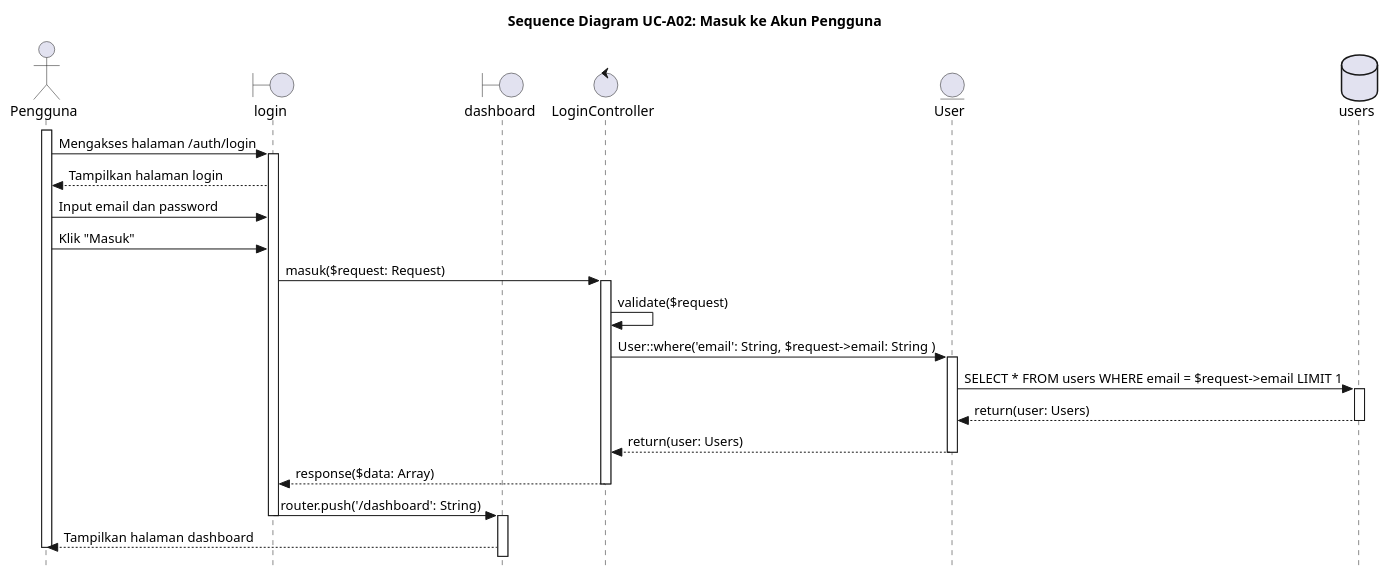
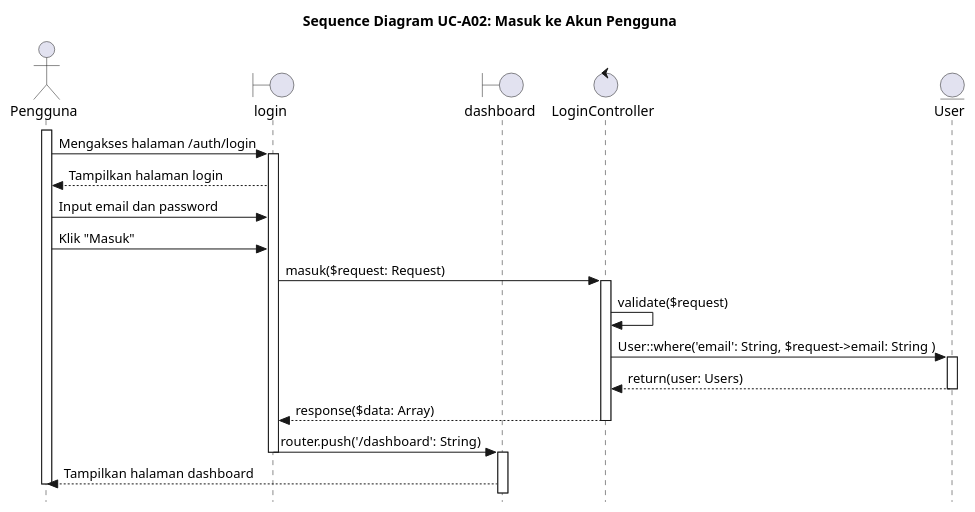
The diagram in UC-A02.PUML (alfiahnurfa/RSI-PROYEK-AKHIR-SEQUENCE), drawn with PlantUML before and after one commit. The commit also changed 29 other files, not shown here.

Commit message:
hapus aktor database dari semua sequence

```diff
--- a/UC-A02.PUML
+++ b/UC-A02.PUML
@@ -1,48 +1,41 @@
 @startuml SD-UC-A02_Login
 title Sequence Diagram UC-A02: Masuk ke Akun Pengguna
 skinparam style strictuml
 
 actor Pengguna
 boundary login
 boundary dashboard
 control LoginController
 entity User
-database users
 
 activate Pengguna
 Pengguna -> login : Mengakses halaman /auth/login
 activate login
 
 login --> Pengguna : Tampilkan halaman login
 
 Pengguna -> login : Input email dan password
 
 Pengguna -> login : Klik "Masuk"
 
 login -> LoginController : masuk($request: Request)
 activate LoginController
 
 LoginController -> LoginController : validate($request)
 
 LoginController -> User : User::where('email': String, $request->email: String )
 activate User
 
-User -> users : SELECT * FROM users WHERE email = $request->email LIMIT 1
-activate users
-
-users --> User : return(user: Users)
-deactivate users
-
 User --> LoginController : return(user: Users)
 deactivate User
 
 LoginController --> login : response($data: Array)
 deactivate LoginController
 
 login -> dashboard : router.push('/dashboard': String)
 deactivate login
 activate dashboard
 dashboard --> Pengguna : Tampilkan halaman dashboard
 deactivate Pengguna
 
 @enduml
```
